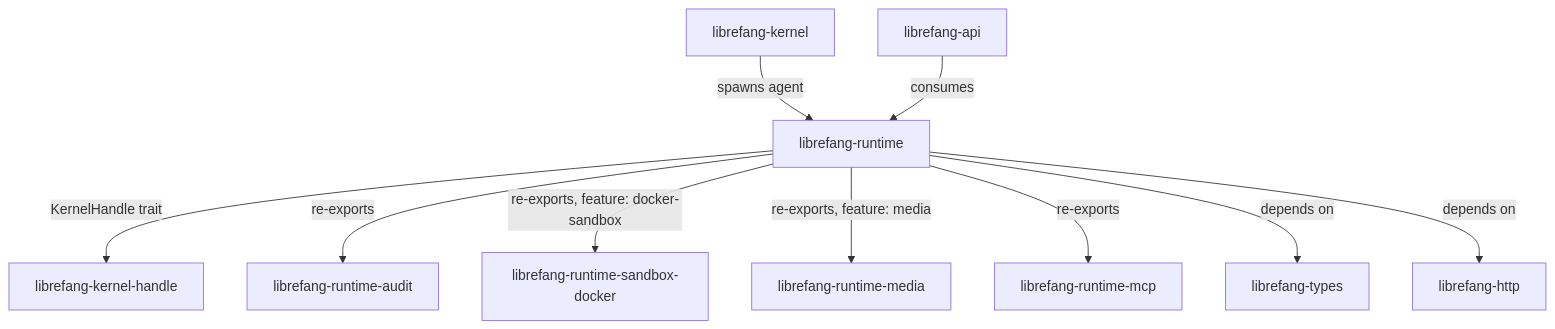
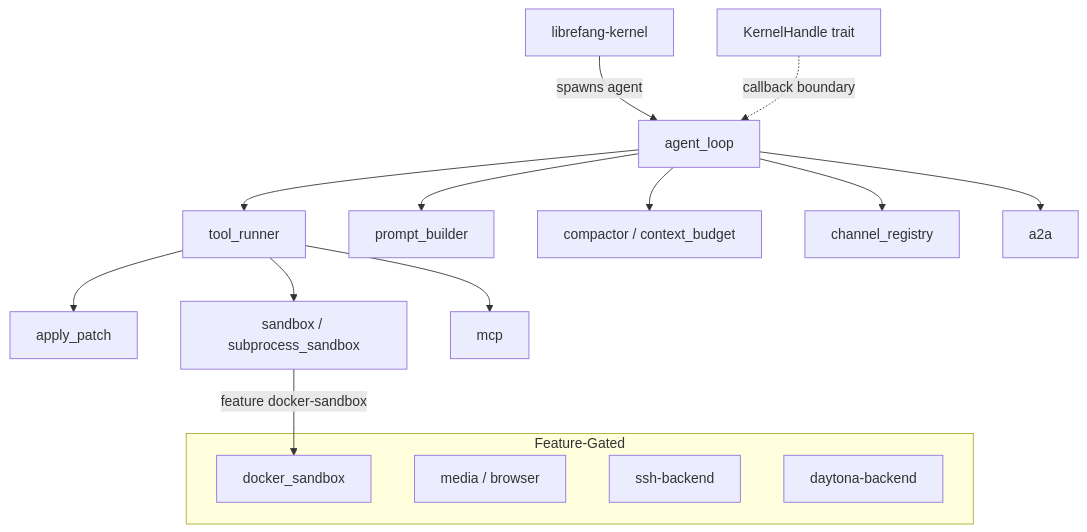
One commit to leszek3737/librefang-WIki changed the diagram in other-librefang-runtime.md. Above: the diagram before and after it, drawn with Mermaid. The commit also changed other lines of this file and 119 other files, not shown here.

````diff
--- a/other-librefang-runtime.md
+++ b/other-librefang-runtime.md
@@ -9,12 +9,20 @@
 ```mermaid
 graph TD
-    Kernel["librefang-kernel"] -->|spawns agent| Runtime["librefang-runtime"]
-    Runtime -->|KernelHandle trait| Handle["librefang-kernel-handle"]
-    Runtime -->|re-exports| Audit["librefang-runtime-audit"]
-    Runtime -->|re-exports, feature: docker-sandbox| Docker["librefang-runtime-sandbox-docker"]
-    Runtime -->|re-exports, feature: media| Media["librefang-runtime-media"]
-    Runtime -->|re-exports| MCP["librefang-runtime-mcp"]
-    Runtime -->|depends on| Types["librefang-types"]
-    Runtime -->|depends on| HTTP["librefang-http"]
-    API["librefang-api"] -->|consumes| Runtime
+    Kernel["librefang-kernel"] -->|"spawns agent"| AL["agent_loop"]
+    KH["KernelHandle trait"] -.->|"callback boundary"| AL
+    AL --> TL["tool_runner"]
+    AL --> PB["prompt_builder"]
+    AL --> CC["compactor / context_budget"]
+    TL --> AP["apply_patch"]
+    TL --> SB["sandbox / subprocess_sandbox"]
+    TL --> MCP["mcp"]
+    AL --> CR["channel_registry"]
+    AL --> A2A["a2a"]
+    subgraph Feature-Gated
+        DOCK["docker_sandbox"]
+        MED["media / browser"]
+        SSH["ssh-backend"]
+        DAY["daytona-backend"]
+    end
+    SB -->|"feature docker-sandbox"| DOCK
 ```
````
